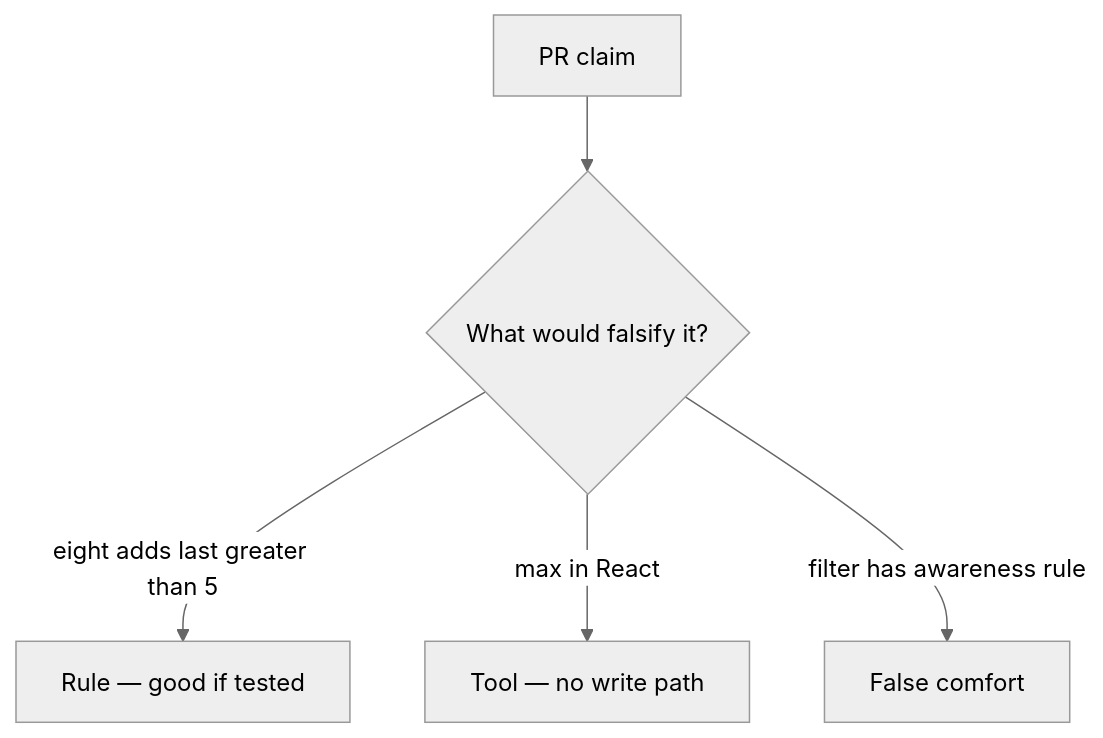
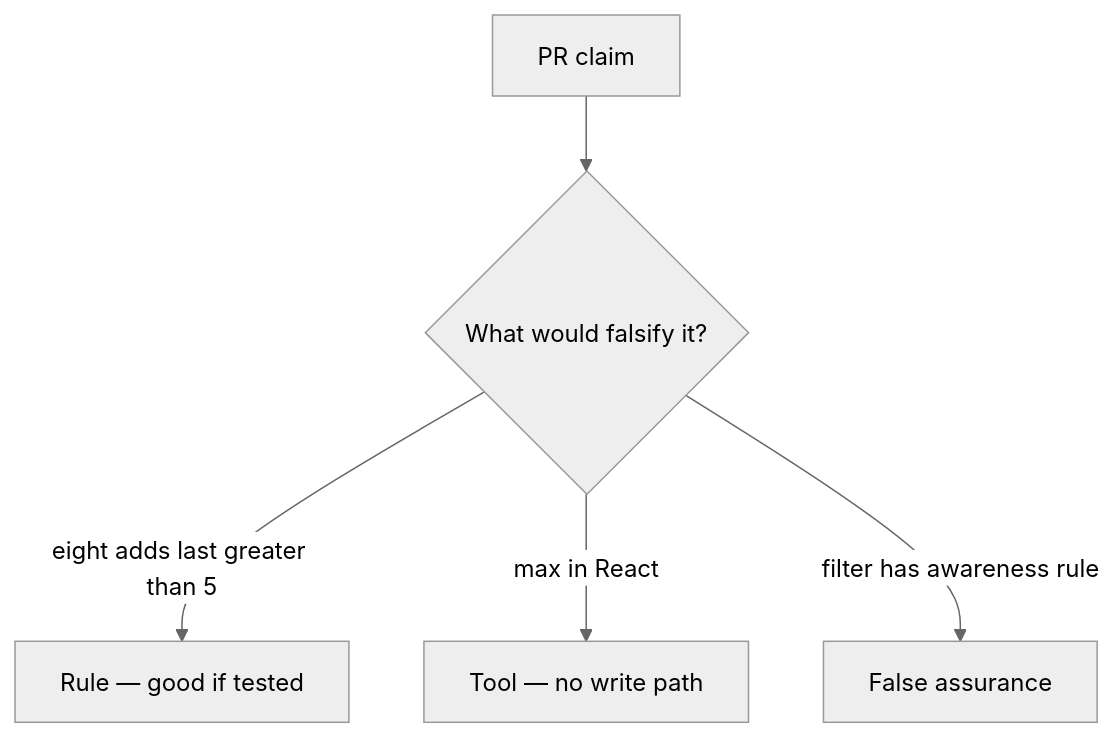
The diagram in content/modules/3/3.4/lessons/08-review.md (ishitvagoel/LearnSecurity), drawn with Mermaid (neutral theme) before and after one commit. The commit also changed other lines of this file and 240 other files, not shown here.

````diff
--- a/content/modules/3/3.4/lessons/08-review.md
+++ b/content/modules/3/3.4/lessons/08-review.md
@@ -18,7 +18,7 @@
 ```mermaid
 flowchart TD
   Claim[PR claim] --> Q{"What would falsify it?"}
   Q -->|"eight adds last greater than 5"| Property["Rule — good if tested"]
   Q -->|"max in React"| Mechanism[Tool — no write path]
-  Q -->|"filter has awareness rule"| False[False comfort]
+  Q -->|"filter has awareness rule"| False[False assurance]
 ```
````
